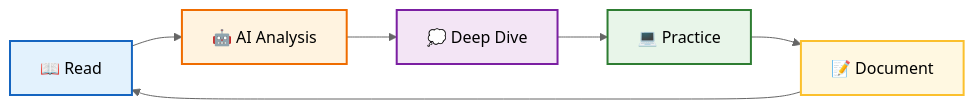
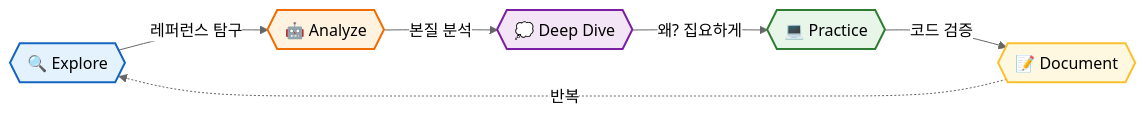
One commit to dev-book-lab/.github changed the diagram in profile/README.md. Above: the diagram before and after it, drawn with Mermaid (neutral theme). The commit also changed other lines of this file, not shown here.

````diff
--- a/profile/README.md
+++ b/profile/README.md
@@ -48,14 +49,14 @@
 ```mermaid
 graph LR
-    A[📖 Read] --> B[🤖 AI Analysis]
-    B --> C[💭 Deep Dive]
-    C --> D[💻 Practice]
-    D --> E[📝 Document]
-    E --> A
+    A{{🔍 Explore}} -->|레퍼런스 탐구| B{{🤖 Analyze}}
+    B -->|본질 분석| C{{💭 Deep Dive}}
+    C -->|왜? 집요하게| D{{💻 Practice}}
+    D -->|코드 검증| E{{📝 Document}}
+    E -.->|반복| A
     
     style A fill:#e3f2fd,stroke:#1565c0,stroke-width:2px
     style B fill:#fff3e0,stroke:#ef6c00,stroke-width:2px
     style C fill:#f3e5f5,stroke:#7b1fa2,stroke-width:2px
     style D fill:#e8f5e9,stroke:#2e7d32,stroke-width:2px
     style E fill:#fff8e1,stroke:#fbc02d,stroke-width:2px
 ```
````
